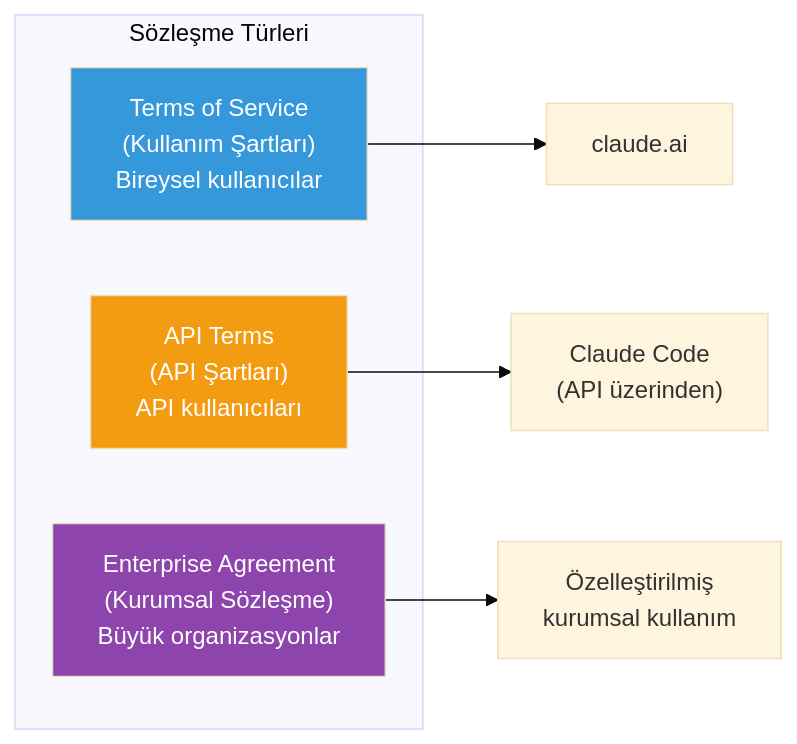
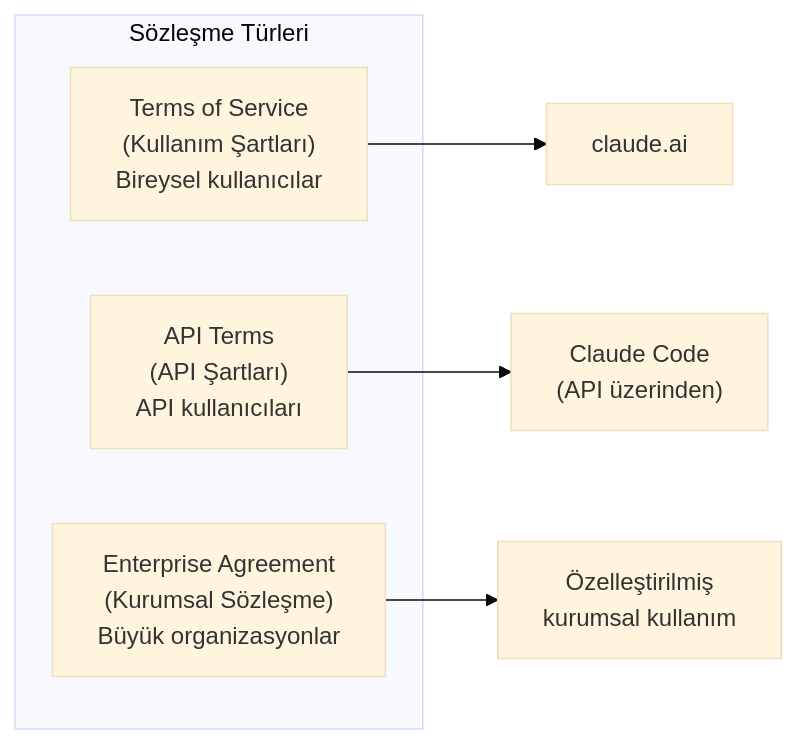
One commit to IzzetYasinAtes/ClaudeCodeHandbook changed the second of 8 diagrams in 18-kurumsal-kullanim/09-yasal-uyumluluk.md. Above: the diagram before and after it, drawn with Mermaid (base theme). The commit also changed other lines of this file and 97 other files, not shown here.

Commit message:
Remove all custom Mermaid style/fill colors from 98 markdown files for consistent dark theme rendering

````diff
--- a/18-kurumsal-kullanim/09-yasal-uyumluluk.md
+++ b/18-kurumsal-kullanim/09-yasal-uyumluluk.md
@@ -40,16 +34,13 @@
 ```mermaid
 flowchart LR
     subgraph agreements ["Sözleşme Türleri"]
         TOS["Terms of Service<br/>(Kullanım Şartları)<br/>Bireysel kullanıcılar"]
         API_TOS["API Terms<br/>(API Şartları)<br/>API kullanıcıları"]
         ENTERPRISE["Enterprise Agreement<br/>(Kurumsal Sözleşme)<br/>Büyük organizasyonlar"]
     end
 
     TOS --> CLAUDE_AI["claude.ai"]
     API_TOS --> API_USAGE["Claude Code<br/>(API üzerinden)"]
     ENTERPRISE --> CUSTOM["Özelleştirilmiş<br/>kurumsal kullanım"]
 
-    style TOS fill:#3498DB,color:#fff
-    style API_TOS fill:#F39C12,color:#fff
-    style ENTERPRISE fill:#8E44AD,color:#fff
 ```
````
